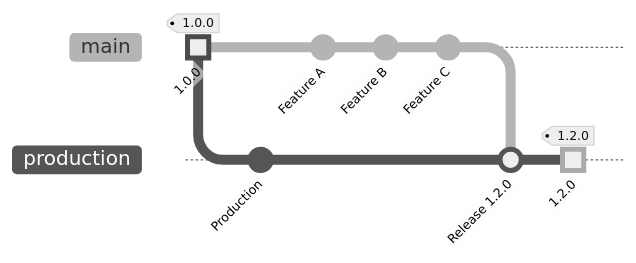
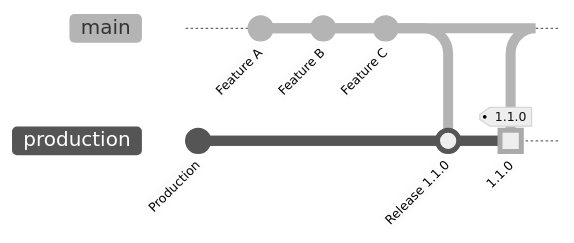
The fifth of 5 diagrams in README.md (wunderio/WunderFlow), drawn with Mermaid (neutral theme) before and after one commit. The commit also changed other lines of this file, not shown here.

Commit message:
docs(QAG-9): Fix release workflow version consistency
- change release workflow from 1.0.0→1.2.0 to 1.0.0→1.1.0
- align diagram and code examples to use same version

Refs: README.md

````diff
--- a/README.md
+++ b/README.md
@@ -198,14 +198,14 @@
 ```mermaid
 gitGraph
-    commit id: "1.0.0" tag: "1.0.0" type: HIGHLIGHT
+    commit id: "1.1.0" tag: "1.1.0" type: HIGHLIGHT
     branch production
     checkout production
     commit id: "Production"
     checkout main
     commit id: "Feature A"
     commit id: "Feature B"
     commit id: "Feature C"
     checkout production
-    merge main id: "Release 1.2.0"
-    commit id: "1.2.0" tag: "1.2.0" type: HIGHLIGHT
+    merge main id: "Release 1.1.0"
+    commit id: "1.1.0" tag: "1.1.0" type: HIGHLIGHT
 ```
````
